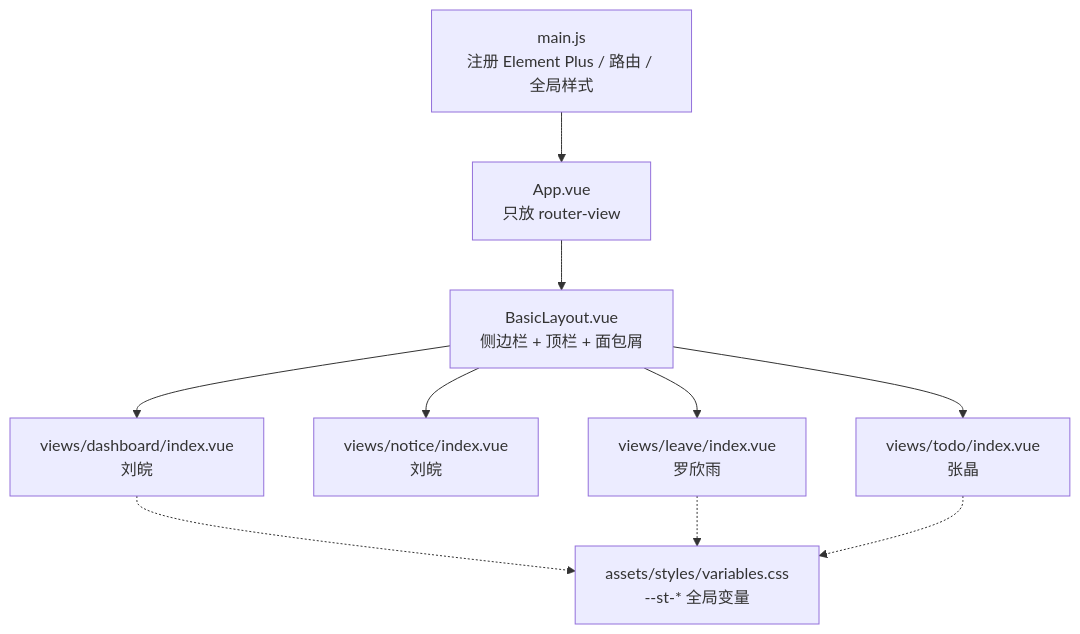
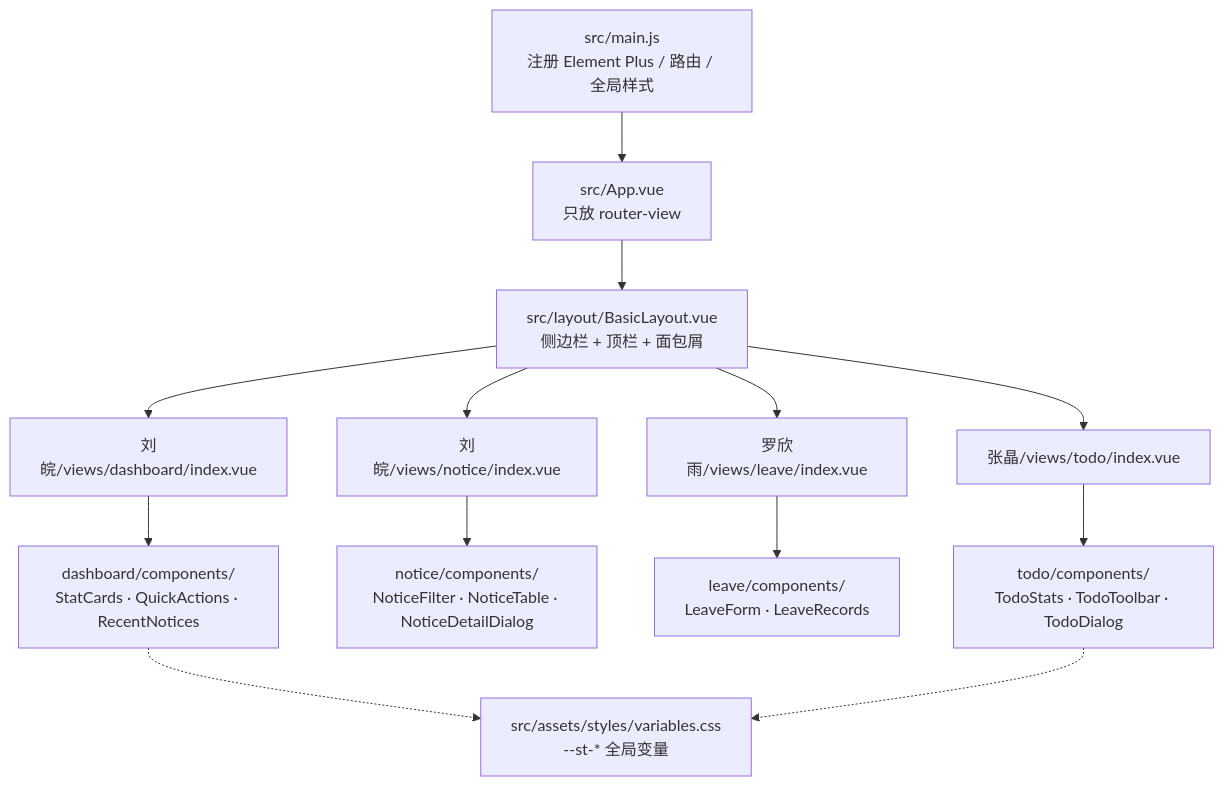
One commit to stttop23/zuoye changed the diagram in docs/项目框架.md. Above: the diagram before and after it, drawn with Mermaid. The commit also changed other lines of this file and 20 other files, not shown here.

````diff
--- a/docs/项目框架.md
+++ b/docs/项目框架.md
@@ -46,12 +50,15 @@
 ```mermaid
 graph TD
-    A["main.js<br/>注册 Element Plus / 路由 / 全局样式"] --> B["App.vue<br/>只放 router-view"]
-    B --> C["BasicLayout.vue<br/>侧边栏 + 顶栏 + 面包屑"]
-    C --> D1["views/dashboard/index.vue<br/>刘皖"]
-    C --> D2["views/notice/index.vue<br/>刘皖"]
-    C --> D3["views/leave/index.vue<br/>罗欣雨"]
-    C --> D4["views/todo/index.vue<br/>张晶"]
-    D1 -.-> E["assets/styles/variables.css<br/>--st-* 全局变量"]
-    D3 -.-> E
-    D4 -.-> E
+    A["src/main.js<br/>注册 Element Plus / 路由 / 全局样式"] --> B["src/App.vue<br/>只放 router-view"]
+    B --> C["src/layout/BasicLayout.vue<br/>侧边栏 + 顶栏 + 面包屑"]
+    C --> D1["刘皖/views/dashboard/index.vue"]
+    C --> D2["刘皖/views/notice/index.vue"]
+    C --> D3["罗欣雨/views/leave/index.vue"]
+    C --> D4["张晶/views/todo/index.vue"]
+    D1 --> E1["dashboard/components/<br/>StatCards · QuickActions · RecentNotices"]
+    D2 --> E2["notice/components/<br/>NoticeFilter · NoticeTable · NoticeDetailDialog"]
+    D3 --> E3["leave/components/<br/>LeaveForm · LeaveRecords"]
+    D4 --> E4["todo/components/<br/>TodoStats · TodoToolbar · TodoDialog"]
+    E1 -.-> F["src/assets/styles/variables.css<br/>--st-* 全局变量"]
+    E4 -.-> F
 ```
````
